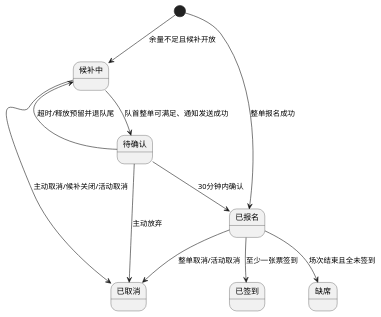
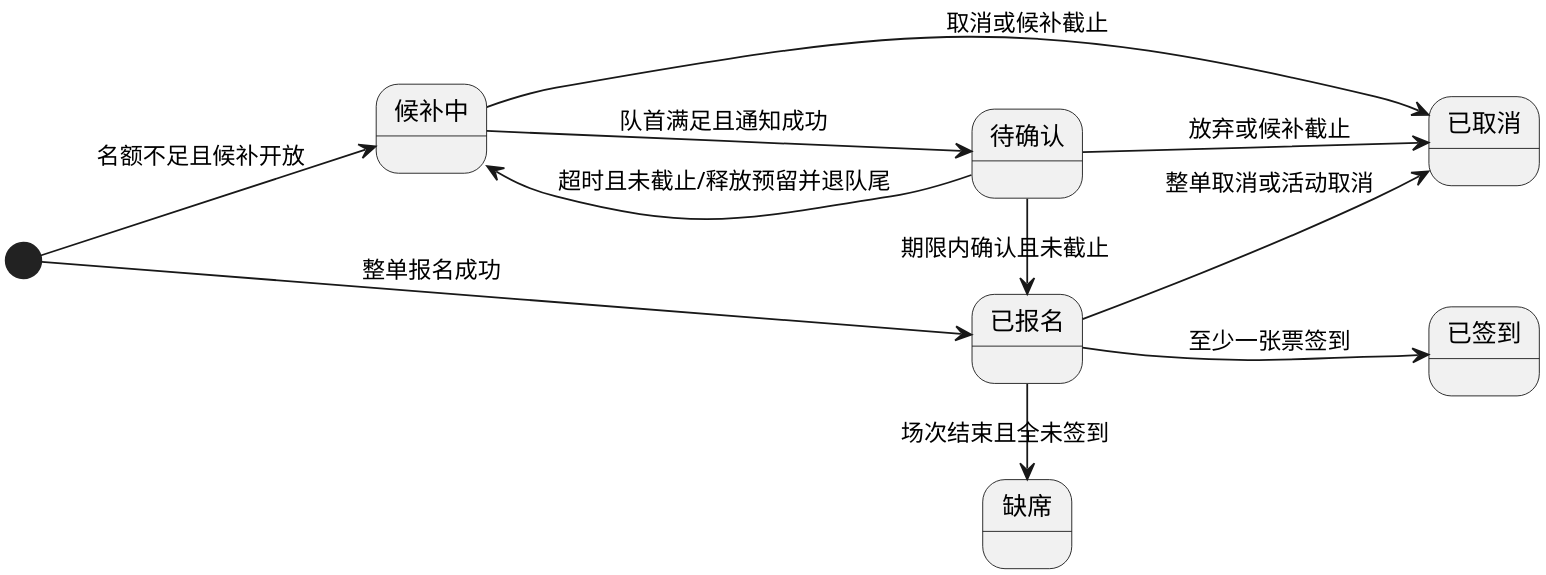
One commit to 12245a/software-engineering-labs changed the diagram in UML/UML状态图_报名记录.puml. Above: the diagram before and after it, drawn with PlantUML. The commit also changed 15 other files, not shown here.

Commit message:
实验二：人工修改 UML 图并导出 PNG

```diff
--- a/UML/UML状态图_报名记录.puml
+++ b/UML/UML状态图_报名记录.puml
@@ -1,21 +1,26 @@
 @startuml
-skinparam shadowing false
+skinparam dpi 300
+left to right direction
+
 state "候补中" as Wait
 state "待确认" as Pending
 state "已报名" as Registered
 state "已签到" as Checked
 state "缺席" as Absent
 state "已取消" as Cancelled
 
+[*] --> Wait : 名额不足且候补开放
 [*] --> Registered : 整单报名成功
-[*] --> Wait : 余量不足且候补开放
-Wait --> Pending : 队首整单可满足、通知发送成功
-Pending --> Registered : 30分钟内确认
-Pending --> Wait : 超时/释放预留并退队尾
-Pending --> Cancelled : 主动放弃
-Wait --> Cancelled : 主动取消/候补关闭/活动取消
-Registered --> Cancelled : 整单取消/活动取消
-Registered --> Checked : 至少一张票签到
-Registered --> Absent : 场次结束且全未签到
+
+Wait -down-> Pending : 队首满足且通知成功
+Pending -up-> Wait : 超时且未截止/释放预留并退队尾
+Pending -right-> Registered : 期限内确认且未截止
+
+Registered -down-> Checked : 至少一张票签到
+Registered -right-> Absent : 场次结束且全未签到
+
+Wait --> Cancelled : 取消或候补截止
+Pending --> Cancelled : 放弃或候补截止
+Registered --> Cancelled : 整单取消或活动取消
 
 @enduml
```
